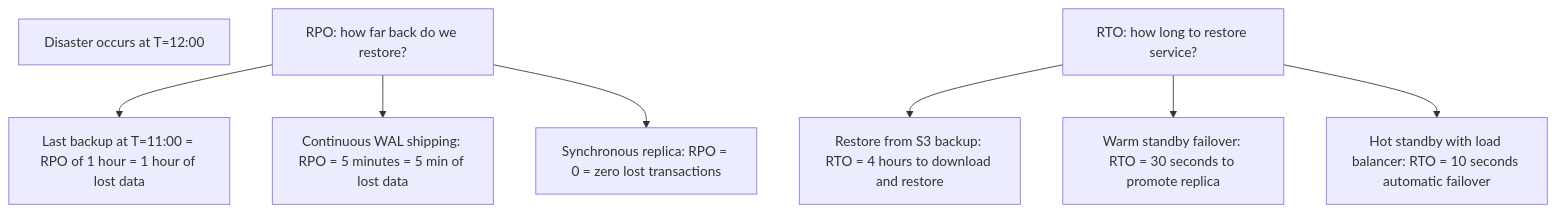
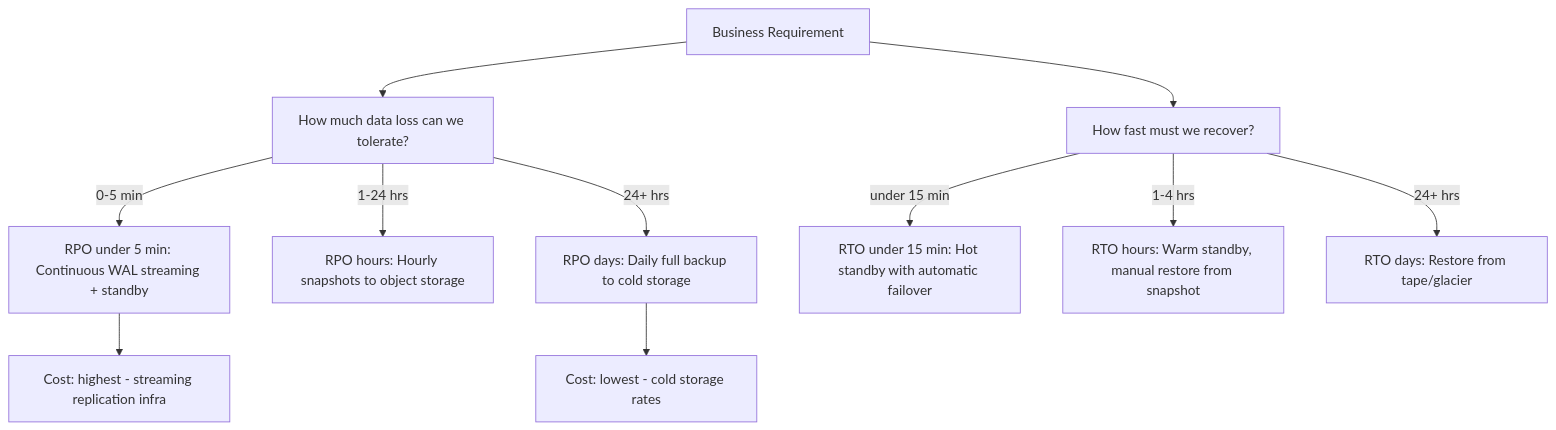
The first of 11 diagrams in docs-site/content/12-interview-prep/question-bank/databases/database-backup-recovery.md (gauravprwl14/system-design-course), drawn with Mermaid before and after one commit. The commit also changed other lines of this file and 3 other files, not shown here.

````diff
--- a/docs-site/content/12-interview-prep/question-bank/databases/database-backup-recovery.md
+++ b/docs-site/content/12-interview-prep/question-bank/databases/database-backup-recovery.md
@@ -29,14 +29,16 @@
 ```mermaid
 graph TD
-  A[Disaster occurs at T=12:00]
+  A[Business Requirement] --> B[How much data loss can we tolerate?]
+  A --> C[How fast must we recover?]
 
-  B[RPO: how far back do we restore?]
-  B --> C[Last backup at T=11:00 = RPO of 1 hour = 1 hour of lost data]
-  B --> D[Continuous WAL shipping: RPO = 5 minutes = 5 min of lost data]
-  B --> E[Synchronous replica: RPO = 0 = zero lost transactions]
+  B -->|0-5 min| D[RPO under 5 min: Continuous WAL streaming + standby]
+  B -->|1-24 hrs| E[RPO hours: Hourly snapshots to object storage]
+  B -->|24+ hrs| F[RPO days: Daily full backup to cold storage]
 
-  F[RTO: how long to restore service?]
-  F --> G[Restore from S3 backup: RTO = 4 hours to download and restore]
-  F --> H[Warm standby failover: RTO = 30 seconds to promote replica]
-  F --> I[Hot standby with load balancer: RTO = 10 seconds automatic failover]
+  C -->|under 15 min| G[RTO under 15 min: Hot standby with automatic failover]
+  C -->|1-4 hrs| H[RTO hours: Warm standby, manual restore from snapshot]
+  C -->|24+ hrs| I[RTO days: Restore from tape/glacier]
+
+  D --> J[Cost: highest - streaming replication infra]
+  F --> K[Cost: lowest - cold storage rates]
 ```
````
